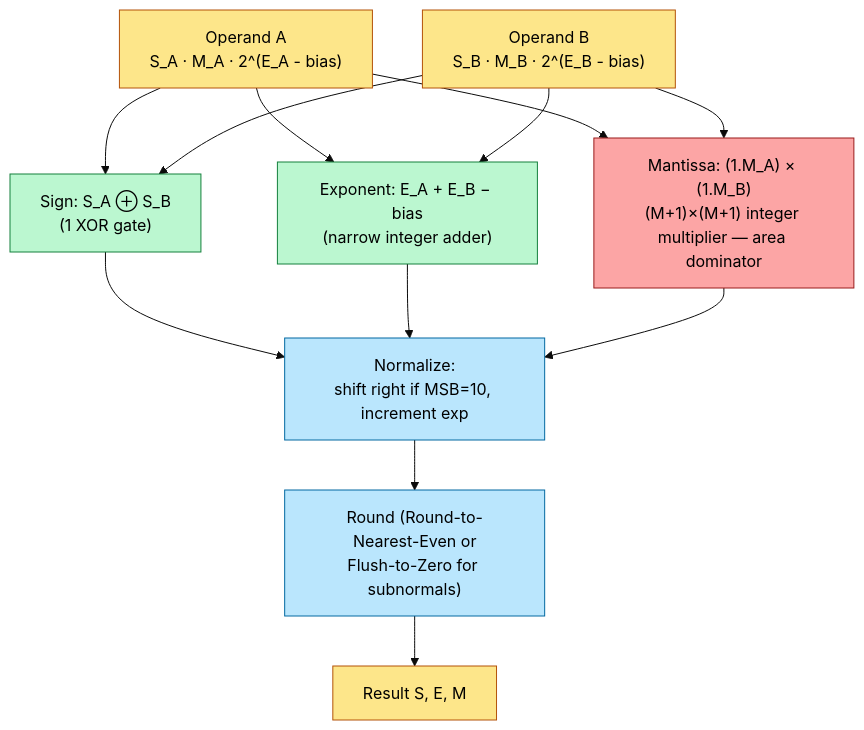
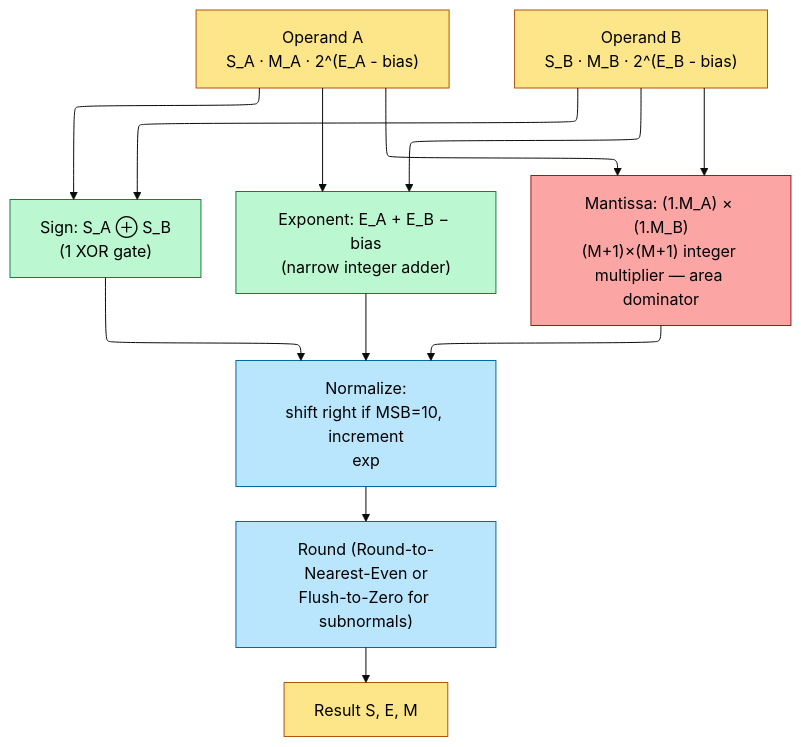
Before and after one commit to Wty2003328/ai_infra_intro: the second of 8 diagrams in ai_infra/L2_Digital_Design_for_AI/FP_Unit_Design.md, drawn with Mermaid (base theme). The commit also changed other lines of this file and 108 other files, not shown here.

````diff
--- a/ai_infra/L2_Digital_Design_for_AI/FP_Unit_Design.md
+++ b/ai_infra/L2_Digital_Design_for_AI/FP_Unit_Design.md
@@ -140,22 +141,23 @@
 ```mermaid
+%%{init: {"flowchart": {"defaultRenderer": "elk", "nodeSpacing": 60, "rankSpacing": 60, "htmlLabels": false}}}%%
 flowchart TD
     A["Operand A<br/>S_A · M_A · 2^(E_A - bias)"]:::op
     B["Operand B<br/>S_B · M_B · 2^(E_B - bias)"]:::op
     SIGN["Sign: S_A ⊕ S_B<br/>(1 XOR gate)"]:::triv
     EXP["Exponent: E_A + E_B − bias<br/>(narrow integer adder)"]:::triv
     MANT["Mantissa: (1.M_A) × (1.M_B)<br/>(M+1)×(M+1) integer multiplier — area dominator"]:::big
-    NORM[Normalize:<br/>shift right if MSB=10, increment exp]:::norm
+    NORM[Normalize:<br/>shift right if MSB=10, increment<br/>exp]:::norm
     ROUND["Round (Round-to-Nearest-Even or<br/>Flush-to-Zero for subnormals)"]:::norm
     OUT[Result S, E, M]:::op
     A --> SIGN
     A --> EXP
     A --> MANT
     B --> SIGN
     B --> EXP
     B --> MANT
     SIGN & EXP & MANT --> NORM --> ROUND --> OUT
     classDef op fill:#fde68a,stroke:#b45309,color:#000
     classDef triv fill:#bbf7d0,stroke:#15803d,color:#000
     classDef big fill:#fca5a5,stroke:#991b1b,color:#000
     classDef norm fill:#bae6fd,stroke:#0369a1,color:#000
 ```
````
